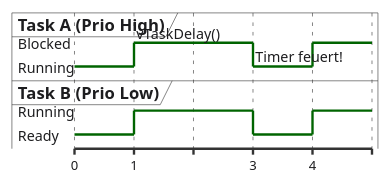
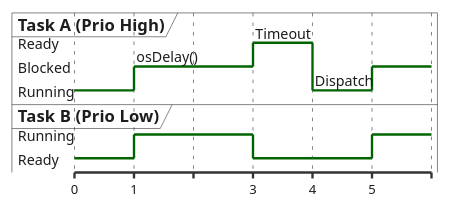
One commit to dantschi/echtzeitsysteme changed the second of 3 diagrams in vorlesungen/03_einfuehrung-rtos.qmd. Above: the diagram before and after it, drawn with PlantUML. The commit also changed other lines of this file and 19 other files, not shown here.

````diff
--- a/vorlesungen/03_einfuehrung-rtos.qmd
+++ b/vorlesungen/03_einfuehrung-rtos.qmd
@@ -399,35 +413,39 @@
 ```{.plantuml}
 @startuml
 skinparam backgroundColor transparent
 skinparam defaultFontName "Inter, sans-serif"
 skinparam defaultFontColor #1D1D1F
 skinparam ArrowColor #86868B
 skinparam NoteBackgroundColor #F5F5F7
 skinparam NoteBorderColor #E5E5EA
 skinparam timing {
   BackgroundColor #FFFFFF
   BorderColor #E5E5EA
   LineColor #1D1D1F
   SignalColor #E2001A
 }
 
 robust "Task A (Prio High)" as TA
 robust "Task B (Prio Low)" as TB
 
 @0
 TA is Running
 TB is Ready
 
 @1
-TA is Blocked : vTaskDelay()
+TA is Blocked : osDelay()
 TB is Running
 
 @3
+TA is Ready : Timeout
 TB is Ready
-TA is Running : Timer feuert!
 
 @4
+TA is Running : Dispatch
+TB is Ready
+
+@5
 TA is Blocked
 TB is Running
 @enduml
 ```
````
